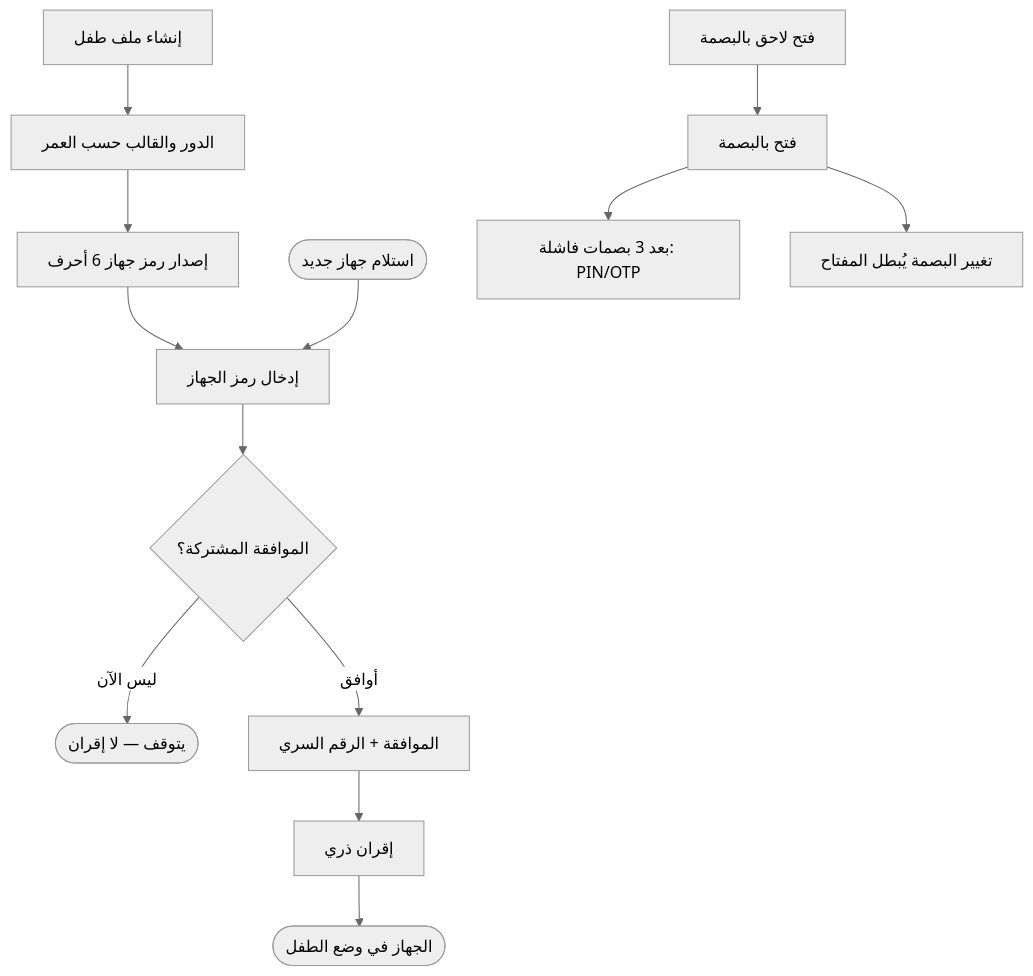
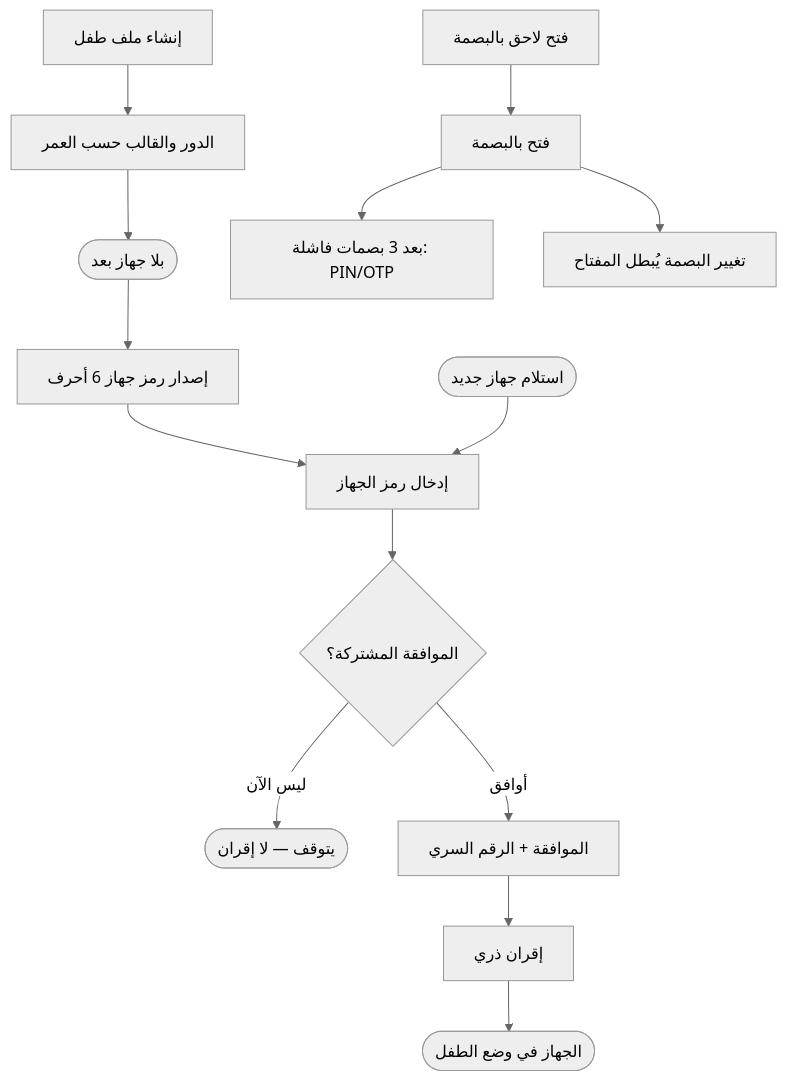
Diagram 35 of 36 in docs/family-os/governance/phases/phase-1/S1-02-identity-and-onboarding/DIAGRAMS.md (Bassam-mohammed-alqaeadi/family-os-v2), drawn with Mermaid (neutral theme) before and after one commit. The commit also changed other lines of this file, not shown here.

Commit message:
Q-440: S1-02 — الطفل بلا جهاز بعد وطلب «لوني وصورتي»

````diff
--- a/docs/family-os/governance/phases/phase-1/S1-02-identity-and-onboarding/DIAGRAMS.md
+++ b/docs/family-os/governance/phases/phase-1/S1-02-identity-and-onboarding/DIAGRAMS.md
@@ -1328,30 +1341,32 @@
 ```mermaid
 flowchart TD
     F5[إنشاء ملف طفل]
     V6[الدور والقالب حسب العمر]
+    C6([بلا جهاز بعد])
     F6[إصدار رمز جهاز 6 أحرف]
     C1([استلام جهاز جديد])
     C2[إدخال رمز الجهاز]
     C3{الموافقة المشتركة؟}
     C5([يتوقف — لا إقران])
     F7[الموافقة + الرقم السري]
     V7[إقران ذري]
     C4([الجهاز في وضع الطفل])
     F8[فتح لاحق بالبصمة]
     CL5[فتح بالبصمة]
     CL6[بعد 3 بصمات فاشلة: PIN/OTP]
     CL7[تغيير البصمة يُبطل المفتاح]
 
     F5 --> V6
-    V6 --> F6
+    V6 --> C6
+    C6 --> F6
     F6 --> C2
     C1 --> C2
     C2 --> C3
     C3 -->|ليس الآن| C5
     C3 -->|أوافق| F7
     F7 --> V7
     V7 --> C4
     F8 --> CL5
     CL5 --> CL6
     CL5 --> CL7
 ```
````
